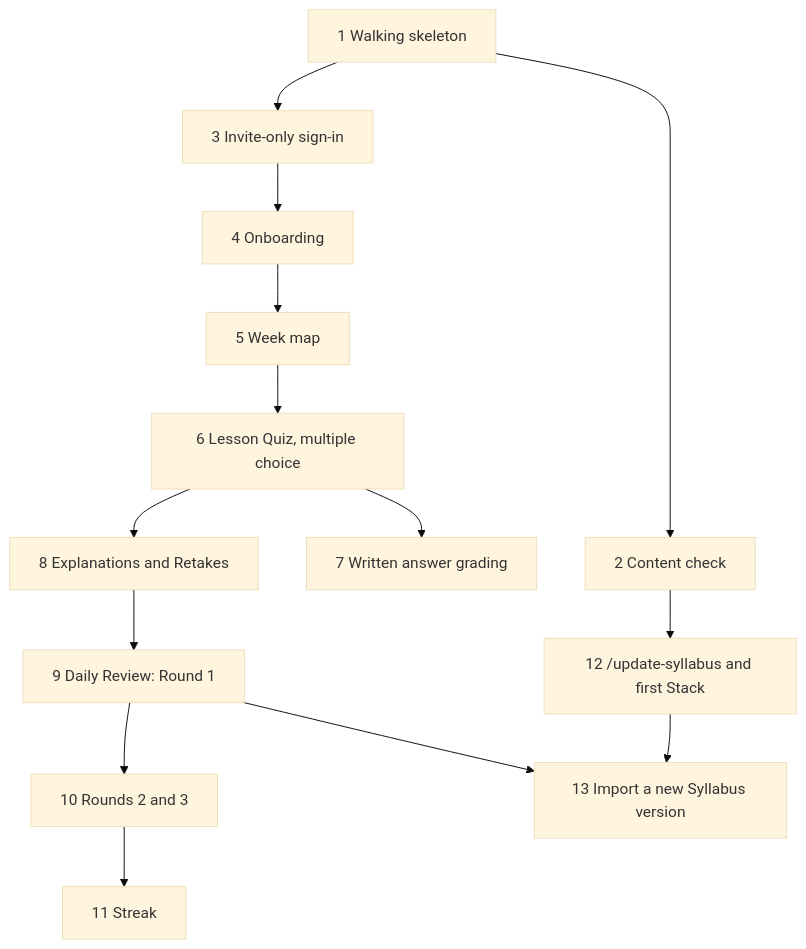
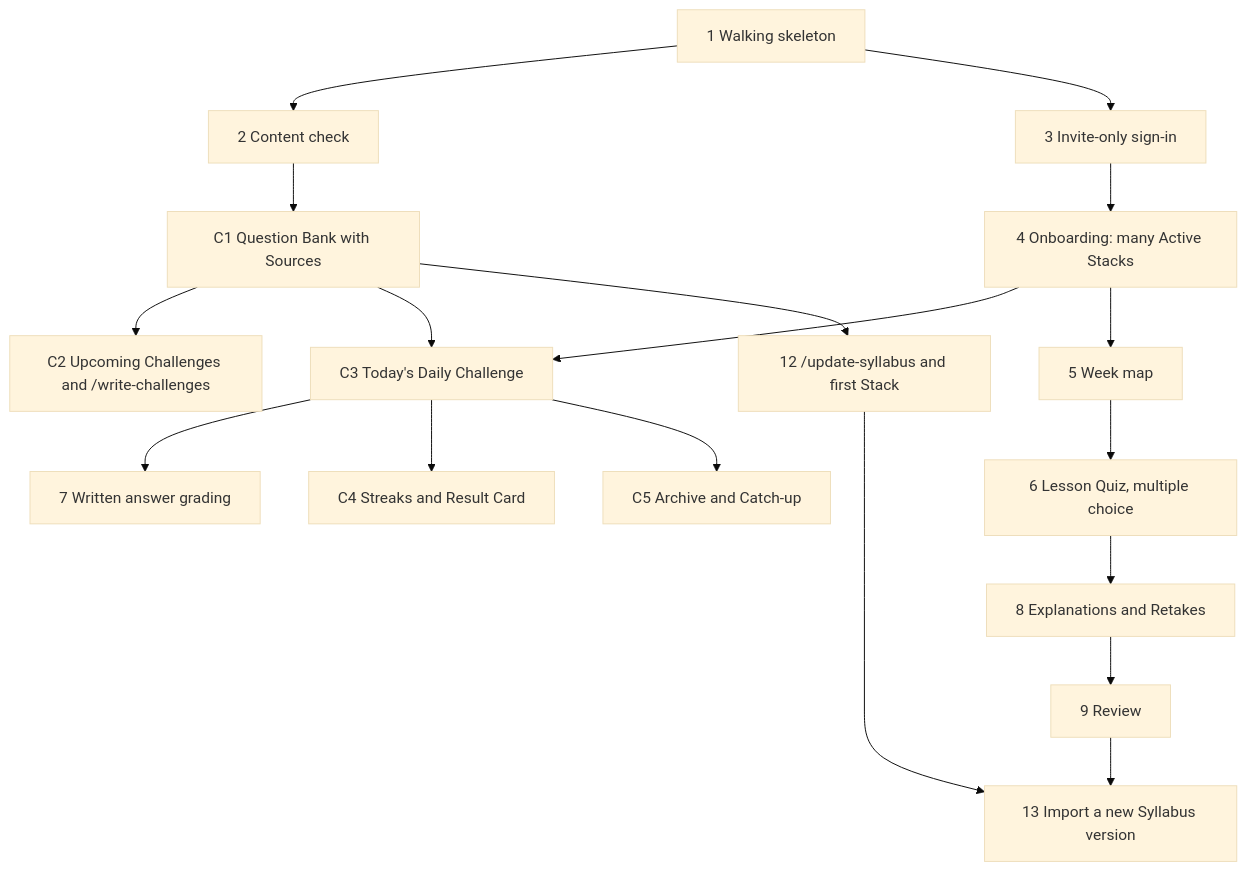
One commit to fahim36/InterviewCrackerAssistant changed the diagram in docs/implementation-order.md. Above: the diagram before and after it, drawn with Mermaid (base theme). The commit also changed other lines of this file and 4 other files, not shown here.

First line of the commit message:
Redesign around the Daily Challenge, append-only Question Bank and UTC days

````diff
--- a/docs/implementation-order.md
+++ b/docs/implementation-order.md
@@ -9,16 +31,20 @@
 ```mermaid
 graph TD
   T1[1 Walking skeleton] --> T2[2 Content check]
   T1 --> T3[3 Invite-only sign-in]
-  T3 --> T4[4 Onboarding]
+  T2 --> C1[C1 Question Bank with Sources]
+  C1 --> C2[C2 Upcoming Challenges and /write-challenges]
+  T3 --> T4[4 Onboarding: many Active Stacks]
+  T4 --> C3[C3 Today's Daily Challenge]
+  C1 --> C3
+  C3 --> T7[7 Written answer grading]
+  C3 --> C4[C4 Streaks and Result Card]
+  C3 --> C5[C5 Archive and Catch-up]
   T4 --> T5[5 Week map]
   T5 --> T6[6 Lesson Quiz, multiple choice]
-  T6 --> T7[7 Written answer grading]
   T6 --> T8[8 Explanations and Retakes]
-  T8 --> T9[9 Daily Review: Round 1]
-  T9 --> T10[10 Rounds 2 and 3]
-  T10 --> T11[11 Streak]
-  T2 --> T12[12 /update-syllabus and first Stack]
+  T8 --> T9[9 Review]
+  C1 --> T12[12 /update-syllabus and first Stack]
   T9 --> T13[13 Import a new Syllabus version]
   T12 --> T13
 ```
````
